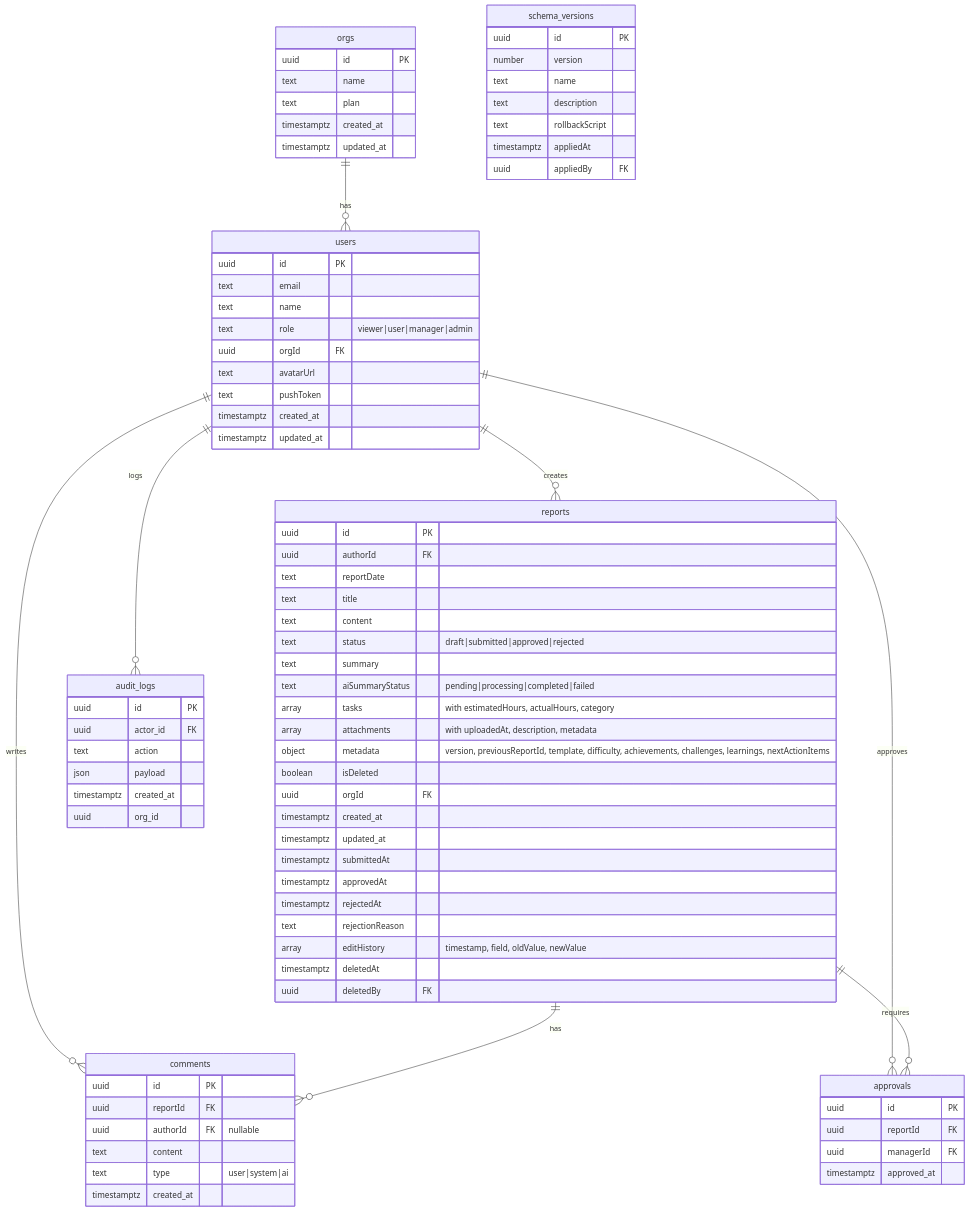
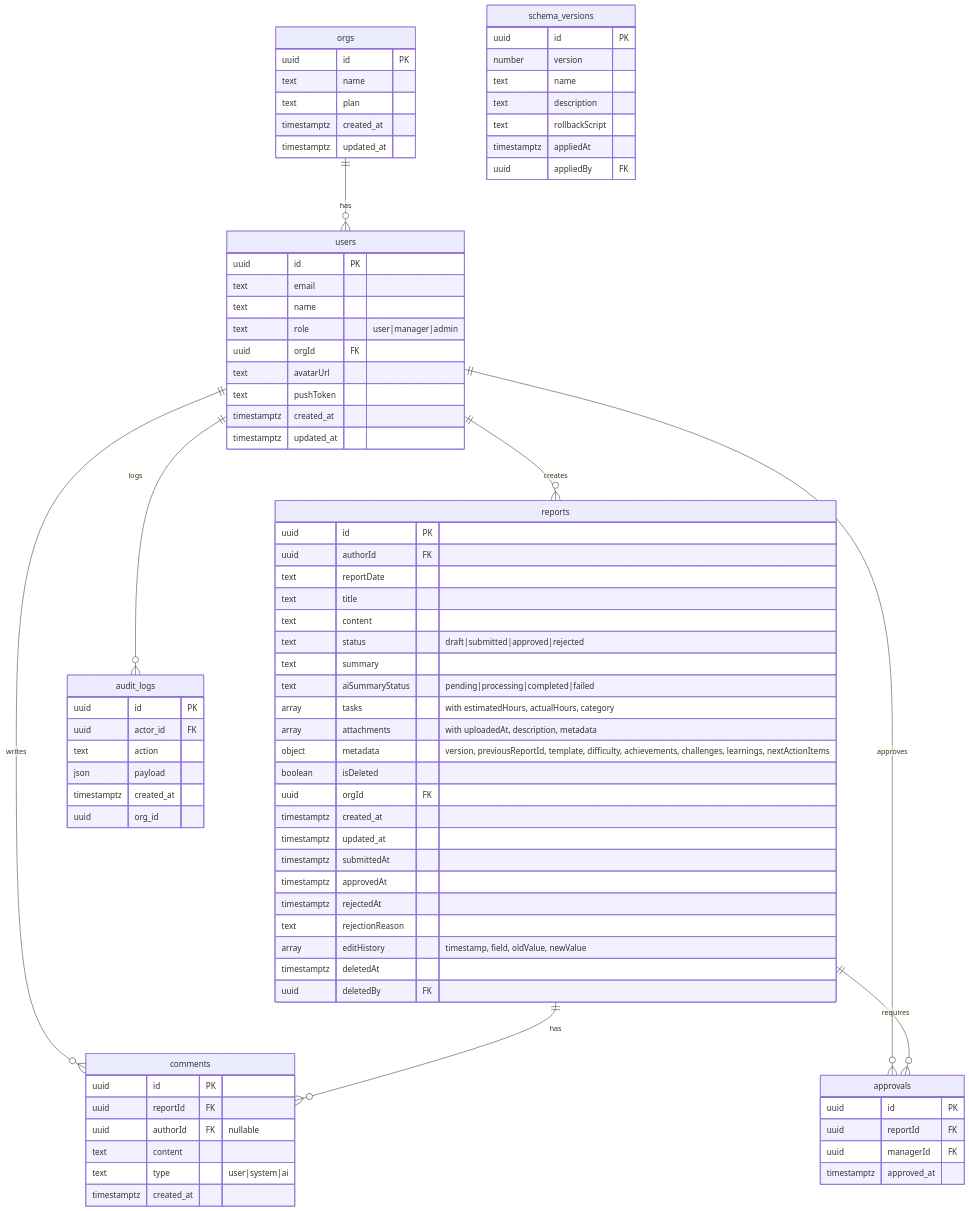
Before and after one commit to tomoyasu-sasaki/SmartNippo: the diagram in docs/daily_report_webapp_requirements.md, drawn with Mermaid. The commit also changed other lines of this file and 78 other files, not shown here.

```diff
--- a/docs/daily_report_webapp_requirements.md
+++ b/docs/daily_report_webapp_requirements.md
@@ -48,7 +48,7 @@
     uuid id PK
     text email
     text name
-    text role "viewer|user|manager|admin"
+    text role "user|manager|admin"
     uuid orgId FK
     text avatarUrl
     text pushToken
```
